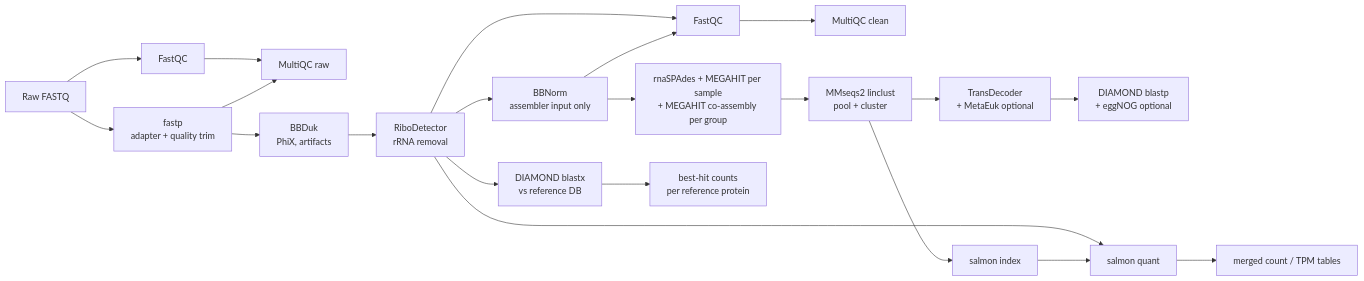
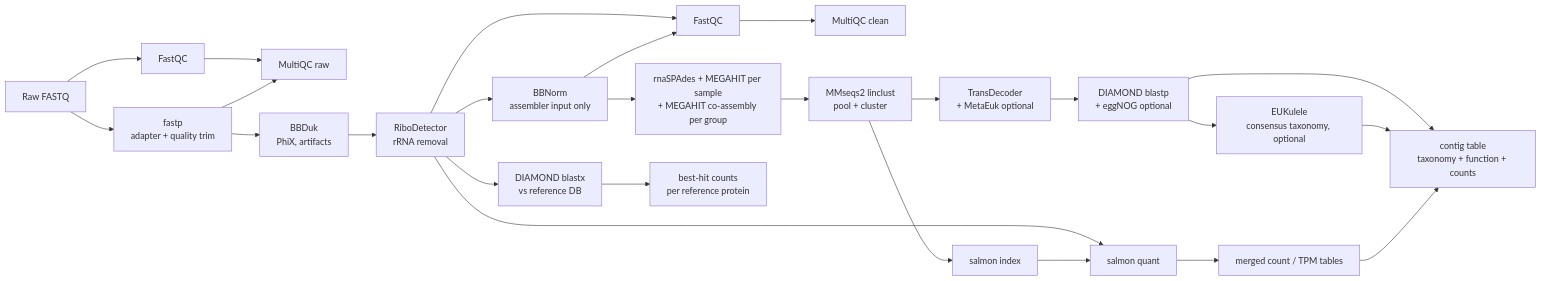
One commit to shu251/euk-bot changed the diagram in README.md. Above: the diagram before and after it, drawn with Mermaid. The commit also changed other lines of this file and 4 other files, not shown here.

````diff
--- a/README.md
+++ b/README.md
@@ -5,16 +5,20 @@
 ```mermaid
 flowchart LR
     A[Raw FASTQ] --> B[FastQC] --> M[MultiQC raw]
     A --> C[fastp<br/>adapter + quality trim] --> K[BBDuk<br/>PhiX, artifacts] --> D[RiboDetector<br/>rRNA removal]
     C --> M
     D --> F[FastQC] --> M2[MultiQC clean]
     D --> N[BBNorm<br/>assembler input only] --> F
     N --> E1[rnaSPAdes + MEGAHIT per sample<br/>+ MEGAHIT co-assembly per group]
     E1 --> E2[MMseqs2 linclust<br/>pool + cluster]
     E2 --> E3[TransDecoder<br/>+ MetaEuk optional]
     E3 --> E4[DIAMOND blastp<br/>+ eggNOG optional]
+    E4 --> E8[EUKulele<br/>consensus taxonomy, optional]
     E2 --> E5[salmon index]
     D --> E6[salmon quant] --> E7[merged count / TPM tables]
     E5 --> E6
+    E4 --> E9[contig table<br/>taxonomy + function + counts]
+    E8 --> E9
+    E7 --> E9
     D --> R1[DIAMOND blastx<br/>vs reference DB] --> R2[best-hit counts<br/>per reference protein]
 ```
````
